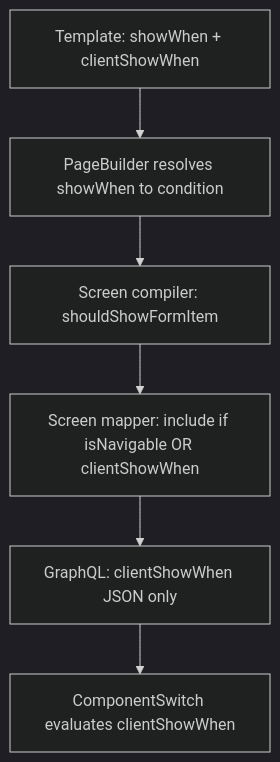
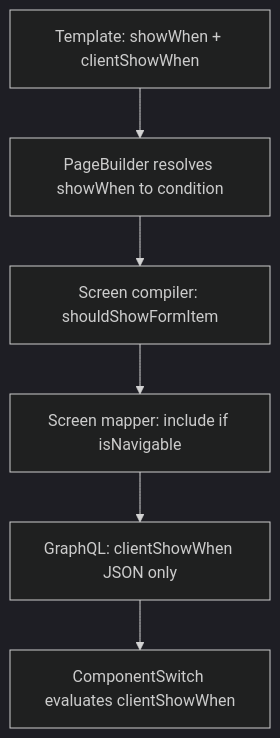
One commit to island-is/island.is changed the first of 2 diagrams in apps/application-system-next/SDF_EXPRESSIONS.md. Above: the diagram before and after it, drawn with Mermaid (dark theme). The commit also changed other lines of this file, not shown here.

````diff
--- a/apps/application-system-next/SDF_EXPRESSIONS.md
+++ b/apps/application-system-next/SDF_EXPRESSIONS.md
@@ -203,11 +206,11 @@
 ```mermaid
 flowchart TD
   template["Template: showWhen + clientShowWhen"]
   build["PageBuilder resolves showWhen to condition"]
   compile["Screen compiler: shouldShowFormItem"]
-  mapper["Screen mapper: include if isNavigable OR clientShowWhen"]
+  mapper["Screen mapper: include if isNavigable"]
   gql["GraphQL: clientShowWhen JSON only"]
   client["ComponentSwitch evaluates clientShowWhen"]
 
   template --> build --> compile --> mapper --> gql --> client
 ```
````
